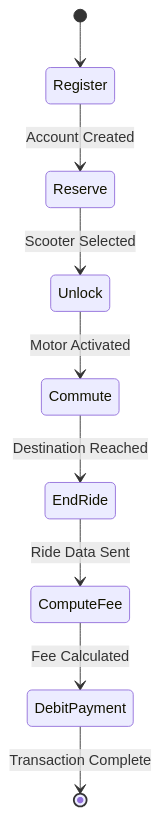
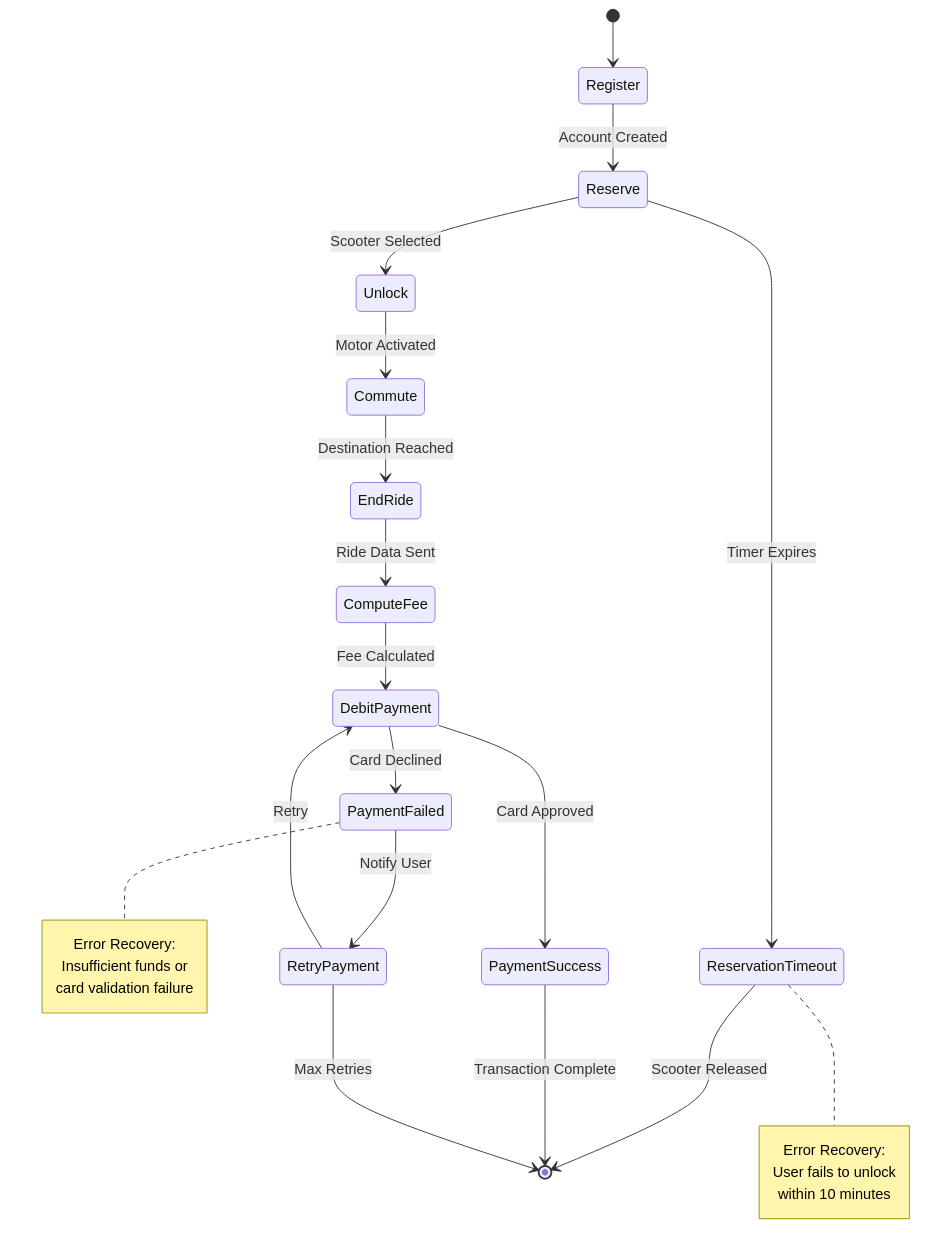
Before and after one commit to Siddharthpatni/Requirment_Asssignment: the diagram in Exercise_04/bim_diagram.mmd, drawn with Mermaid. The commit also changed 32 other files, not shown here.

```diff
--- a/Exercise_04/bim_diagram.mmd
+++ b/Exercise_04/bim_diagram.mmd
@@ -1,9 +1,30 @@
 stateDiagram-v2
     [*] --> Register
     Register --> Reserve: Account Created
     Reserve --> Unlock: Scooter Selected
+    Reserve --> ReservationTimeout: Timer Expires
+    ReservationTimeout --> [*]: Scooter Released
+    
     Unlock --> Commute: Motor Activated
     Commute --> EndRide: Destination Reached
     EndRide --> ComputeFee: Ride Data Sent
     ComputeFee --> DebitPayment: Fee Calculated
-    DebitPayment --> [*]: Transaction Complete
+    DebitPayment --> PaymentSuccess: Card Approved
+    DebitPayment --> PaymentFailed: Card Declined
+    
+    PaymentSuccess --> [*]: Transaction Complete
+    PaymentFailed --> RetryPayment: Notify User
+    RetryPayment --> DebitPayment: Retry
+    RetryPayment --> [*]: Max Retries
+
+    note right of ReservationTimeout
+        Error Recovery:
+        User fails to unlock
+        within 10 minutes
+    end note
+    
+    note right of PaymentFailed
+        Error Recovery:
+        Insufficient funds or
+        card validation failure
+    end note
```
